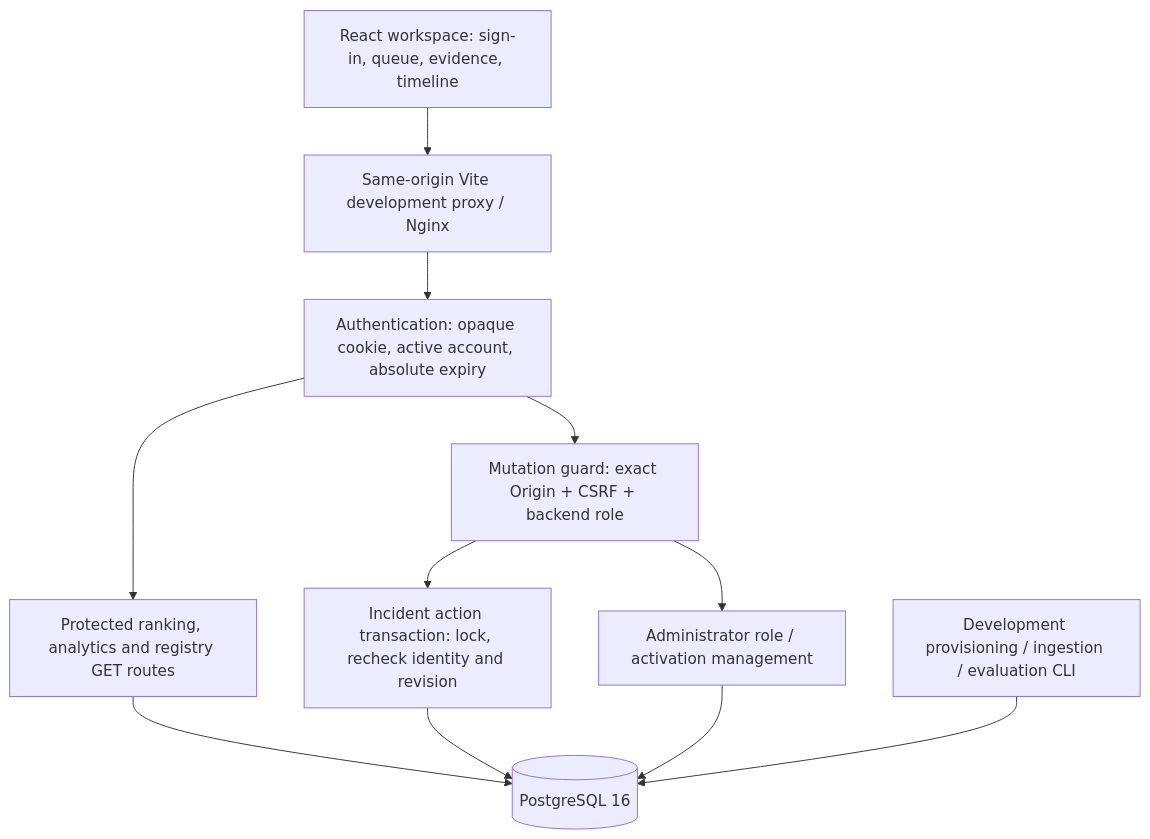
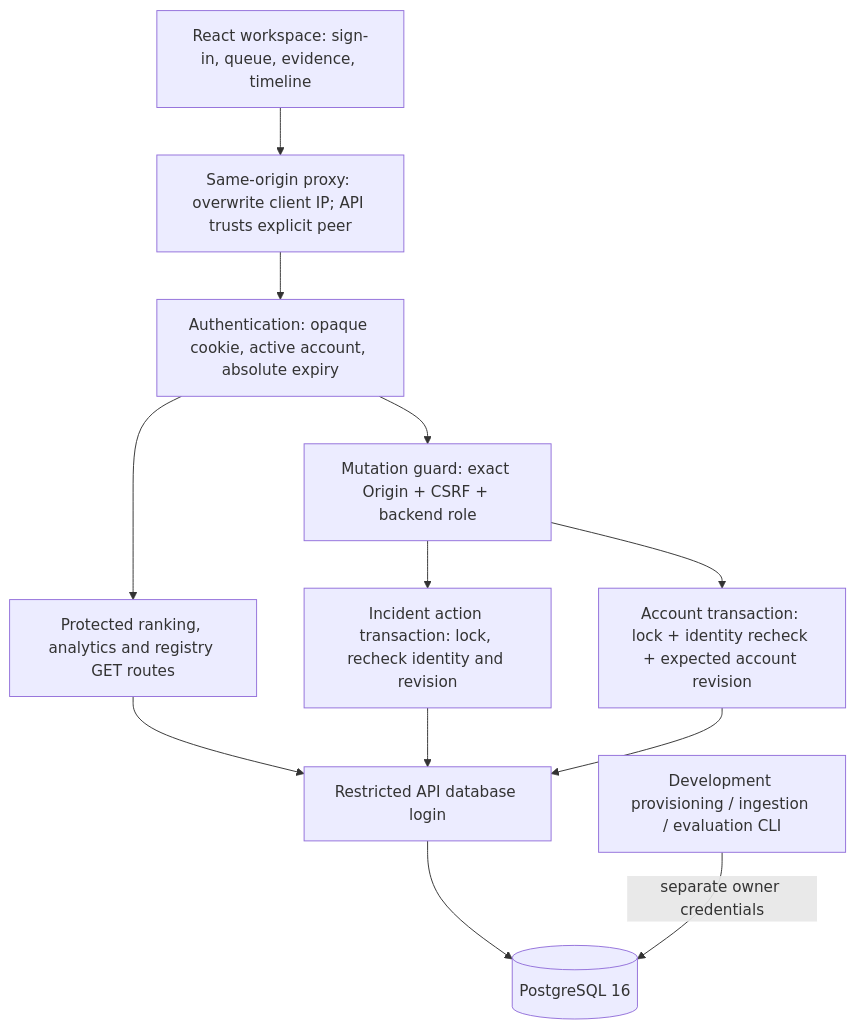
Before and after one commit to bubs-04/carerank-lab: the first of 3 diagrams in docs/ARCHITECTURE_4.0.md, drawn with Mermaid. The commit also changed other lines of this file and 52 other files, not shown here.

````diff
--- a/docs/ARCHITECTURE_4.0.md
+++ b/docs/ARCHITECTURE_4.0.md
@@ -7,18 +7,20 @@
 ```mermaid
 flowchart TB
   Browser[React workspace: sign-in, queue, evidence, timeline]
-  Proxy[Same-origin Vite development proxy / Nginx]
+  Proxy[Same-origin proxy: overwrite client IP; API trusts explicit peer]
   Auth[Authentication: opaque cookie, active account, absolute expiry]
   Read[Protected ranking, analytics and registry GET routes]
   Guard[Mutation guard: exact Origin + CSRF + backend role]
   Actions[Incident action transaction: lock, recheck identity and revision]
-  Admin[Administrator role / activation management]
+  Admin[Account transaction: lock + identity recheck + expected account revision]
+  Runtime[Restricted API database login]
   DB[(PostgreSQL 16)]
   CLI[Development provisioning / ingestion / evaluation CLI]
   Browser --> Proxy --> Auth
-  Auth --> Read --> DB
+  Auth --> Read --> Runtime
   Auth --> Guard
-  Guard --> Actions --> DB
-  Guard --> Admin --> DB
-  CLI --> DB
+  Guard --> Actions --> Runtime
+  Guard --> Admin --> Runtime
+  Runtime --> DB
+  CLI -->|separate owner credentials| DB
 ```
````
